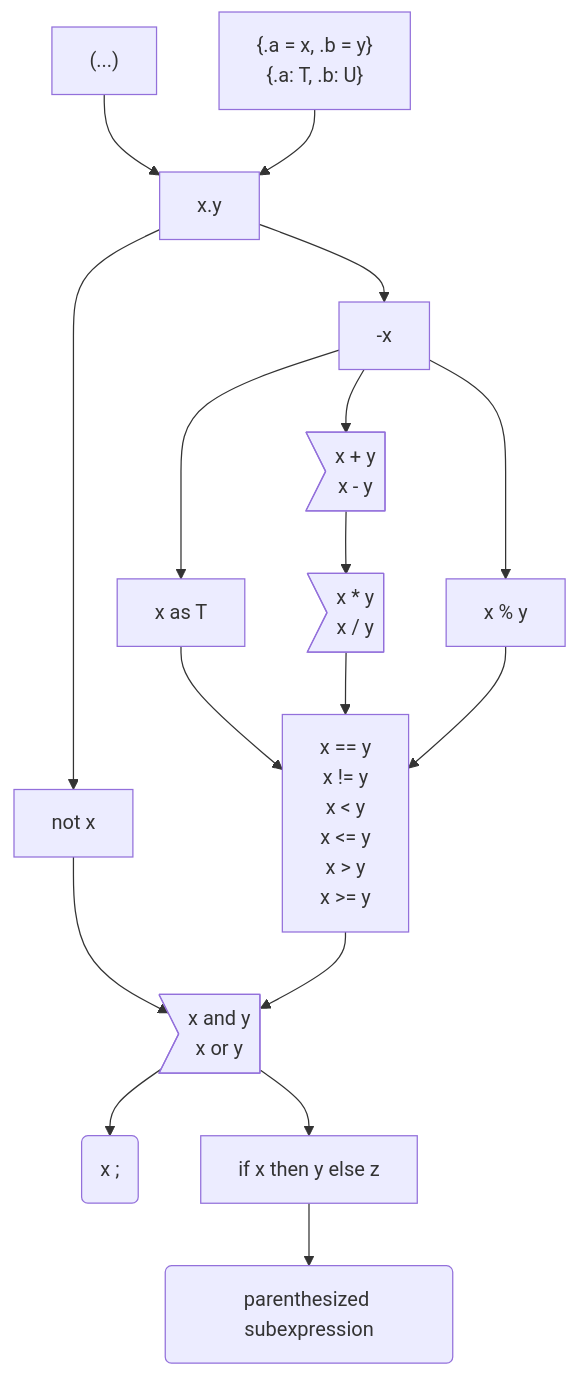
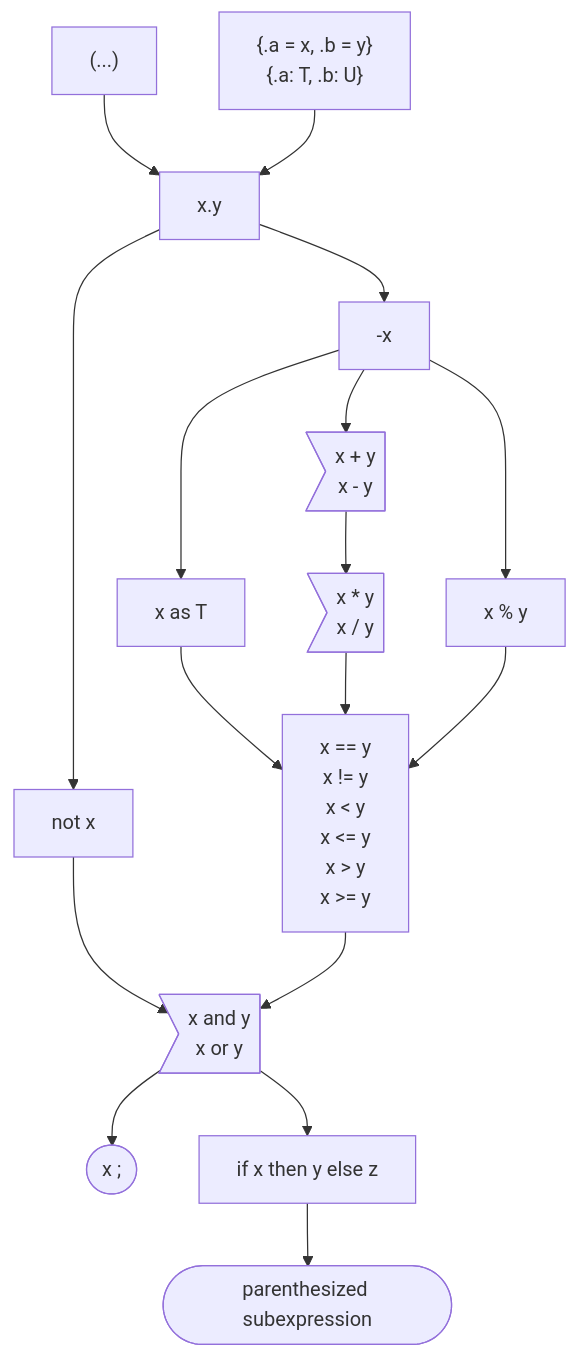
One commit to carbon-language/carbon-lang changed the first of 2 diagrams in docs/design/expressions/README.md. Above: the diagram before and after it, drawn with Mermaid.

Commit message:
Use rounder brackets for terminal nodes.

````diff
--- a/docs/design/expressions/README.md
+++ b/docs/design/expressions/README.md
@@ -72,17 +72,17 @@
 ```mermaid
 graph TD
     parens["(...)"] --> postfix
     struct_literal["{.a = x, .b = y}<br> {.a: T, .b: U}"] --> postfix
     postfix["x.y"] --> not & negation
     negation["-x"] --> additive & modulo & as
     as["x as T"] --> comparison
     not["not x"] --> and_or
     additive>"x + y<br> x - y"] --> multiplicative
     multiplicative>"x * y<br> x / y"] --> comparison
     modulo["x % y"] --> comparison
     comparison["x == y<br> x != y<br> x < y<br> x <= y<br> x > y<br> x >= y"] --> and_or
     and_or>"x and y<br> x or y"] --> expression_statement & if_else
-    expression_statement("x ;")
+    expression_statement(["x ;"])
     if_else["if x then y else z"] --> subexpression
-    subexpression("parenthesized subexpression")
+    subexpression(["parenthesized subexpression"])
 ```
````
